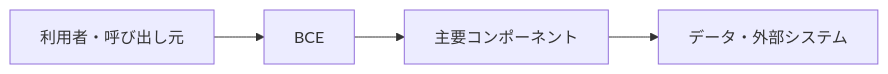
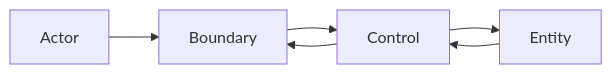
The diagram in docs/レイヤー・責務分離系/BCE.md (t-shirayama/architecture-notes), drawn with Mermaid before and after one commit. The commit also changed other lines of this file and 32 other files, not shown here.

Commit message:
docs: refine remaining architecture notes

````diff
--- a/docs/レイヤー・責務分離系/BCE.md
+++ b/docs/レイヤー・責務分離系/BCE.md
@@ -23,6 +27,8 @@
 ```mermaid
 flowchart LR
-    A[利用者・呼び出し元] --> B[BCE]
-    B --> C[主要コンポーネント]
-    C --> D[データ・外部システム]
+    Actor[Actor] --> Boundary[Boundary]
+    Boundary --> Control[Control]
+    Control --> Entity[Entity]
+    Entity --> Control
+    Control --> Boundary
 ```
````
